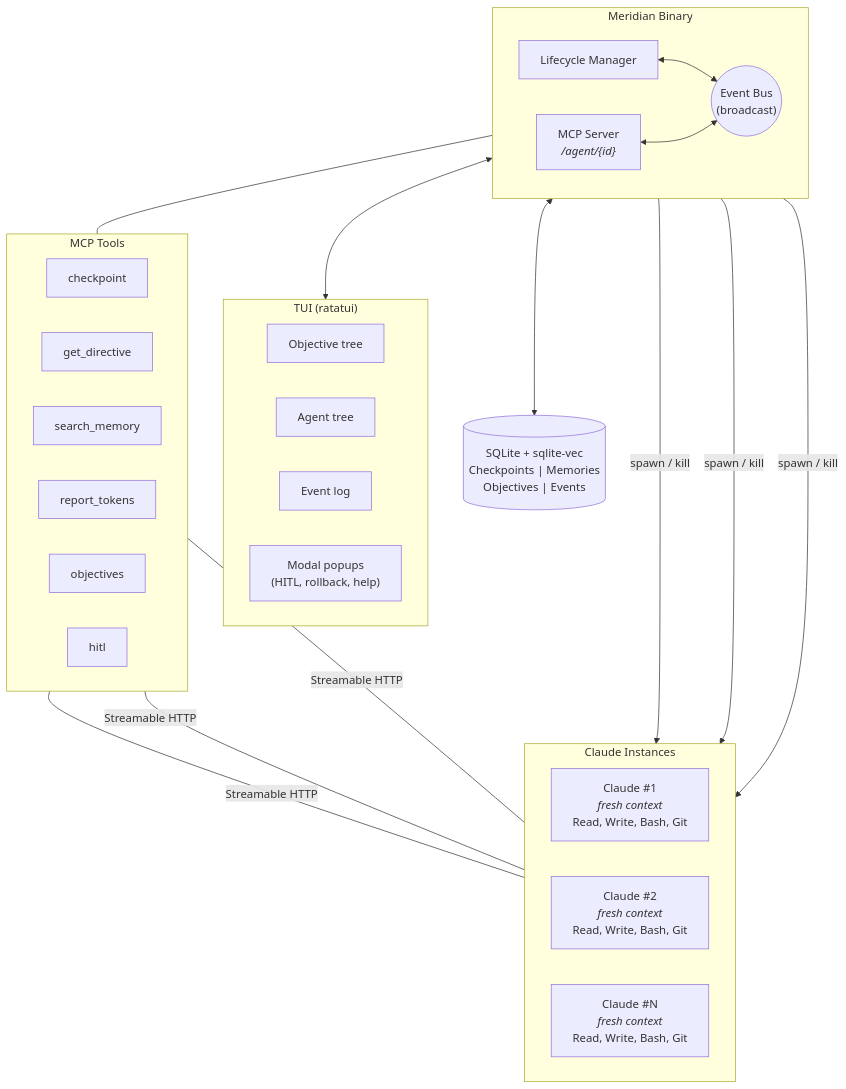
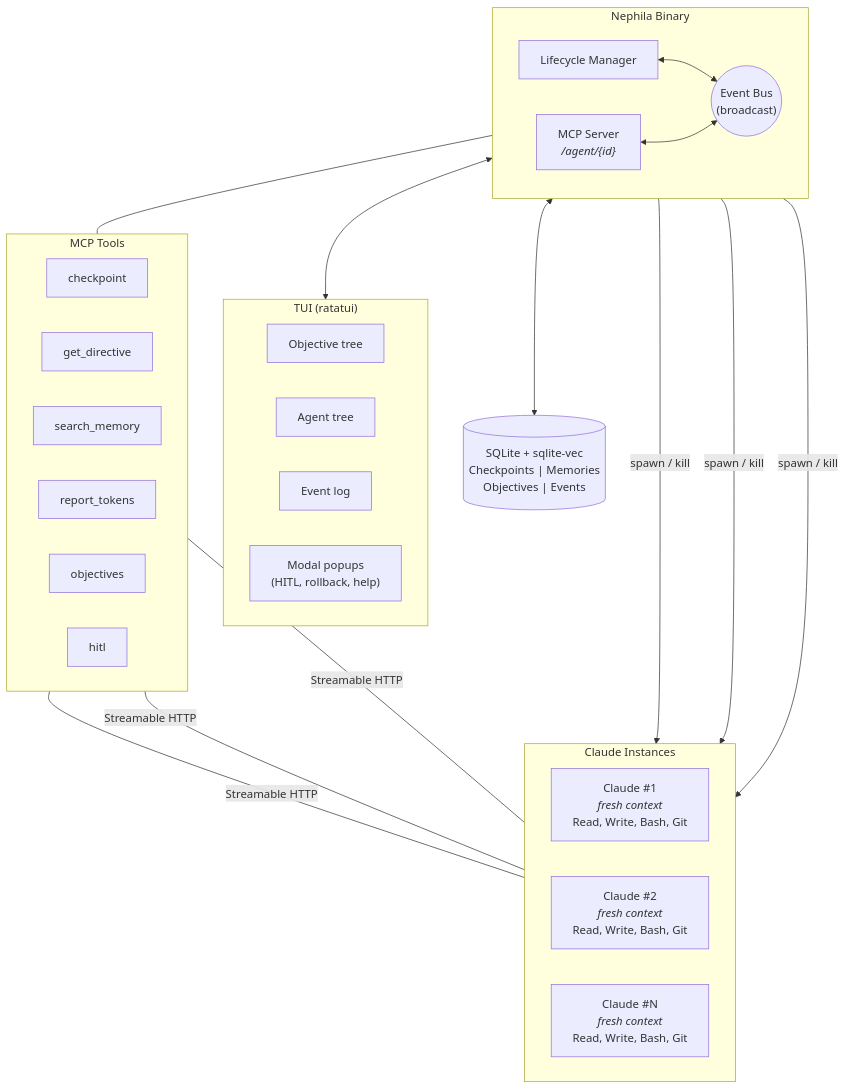
The diagram in README.md (vaporif/nephila), drawn with Mermaid before and after one commit. The commit also changed other lines of this file and 66 other files, not shown here.

````diff
--- a/README.md
+++ b/README.md
@@ -16,47 +16,47 @@
 ```mermaid
 graph TB
-    subgraph Meridian["Meridian Binary"]
+    subgraph Nephila["Nephila Binary"]
         direction LR
         LM["Lifecycle Manager"]
         MCP["MCP Server<br/><i>/agent/{id}</i>"]
         EB(("Event Bus<br/>(broadcast)"))
         LM <--> EB
         MCP <--> EB
     end
 
     subgraph TUI["TUI (ratatui)"]
         OT["Objective tree"]
         AT["Agent tree"]
         EL["Event log"]
         MOD["Modal popups<br/>(HITL, rollback, help)"]
     end
 
     subgraph Tools["MCP Tools"]
         direction LR
         T1["checkpoint"]
         T2["get_directive"]
         T3["search_memory"]
         T4["report_tokens"]
         T5["objectives"]
         T6["hitl"]
     end
 
     subgraph Agents["Claude Instances"]
         direction LR
         A1["Claude #1<br/><i>fresh context</i><br/>Read, Write, Bash, Git"]
         A2["Claude #2<br/><i>fresh context</i><br/>Read, Write, Bash, Git"]
         AN["Claude #N<br/><i>fresh context</i><br/>Read, Write, Bash, Git"]
     end
 
     DB[("SQLite + sqlite-vec<br/>Checkpoints | Memories<br/>Objectives | Events")]
 
     EB <--> TUI
     MCP --- Tools
     Tools -- "Streamable HTTP" --- A1
     Tools -- "Streamable HTTP" --- A2
     Tools -- "Streamable HTTP" --- AN
     LM -- "spawn / kill" --> A1
     LM -- "spawn / kill" --> A2
     LM -- "spawn / kill" --> AN
     MCP <--> DB
 ```
````
